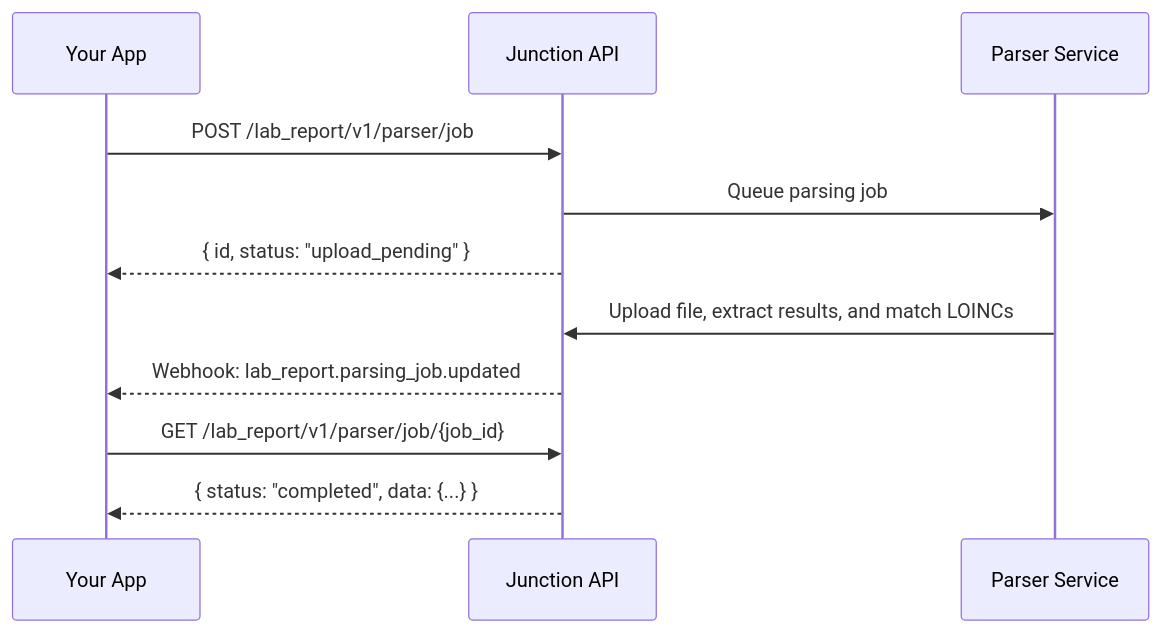
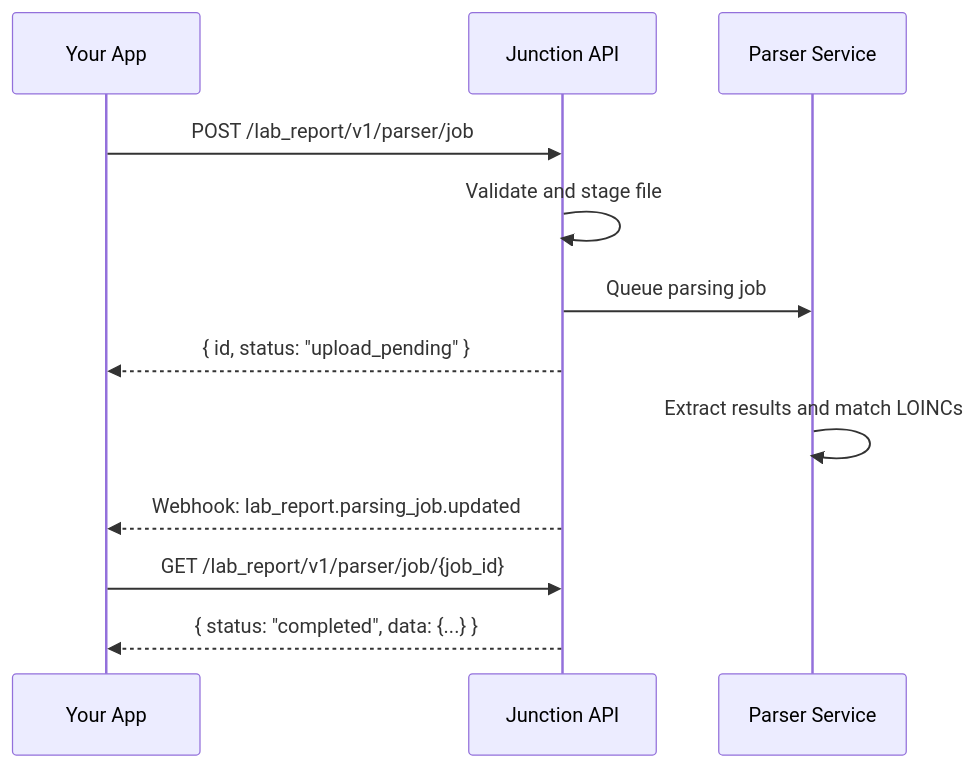
The diagram in docs/lab/report-parsing/overview.mdx (tryVital/docs), drawn with Mermaid before and after one commit. The commit also changed other lines of this file, not shown here.

````diff
--- a/docs/lab/report-parsing/overview.mdx
+++ b/docs/lab/report-parsing/overview.mdx
@@ -36,14 +36,15 @@
 ```mermaid
 sequenceDiagram
     participant App as Your App
     participant API as Junction API
     participant Parser as Parser Service
 
     App->>API: POST /lab_report/v1/parser/job
+    API->>API: Validate and stage file
     API->>Parser: Queue parsing job
     API-->>App: { id, status: "upload_pending" }
-    Parser->>API: Upload file, extract results, and match LOINCs
+    Parser->>Parser: Extract results and match LOINCs
     API-->>App: Webhook: lab_report.parsing_job.updated
     App->>API: GET /lab_report/v1/parser/job/{job_id}
     API-->>App: { status: "completed", data: {...} }
 ```
````
